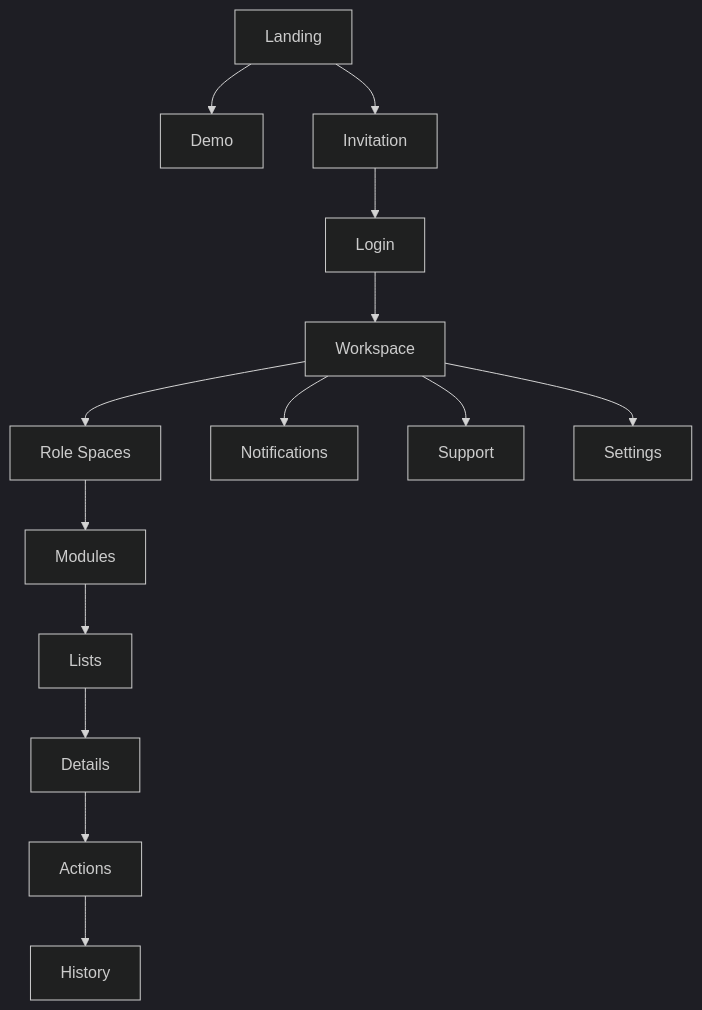
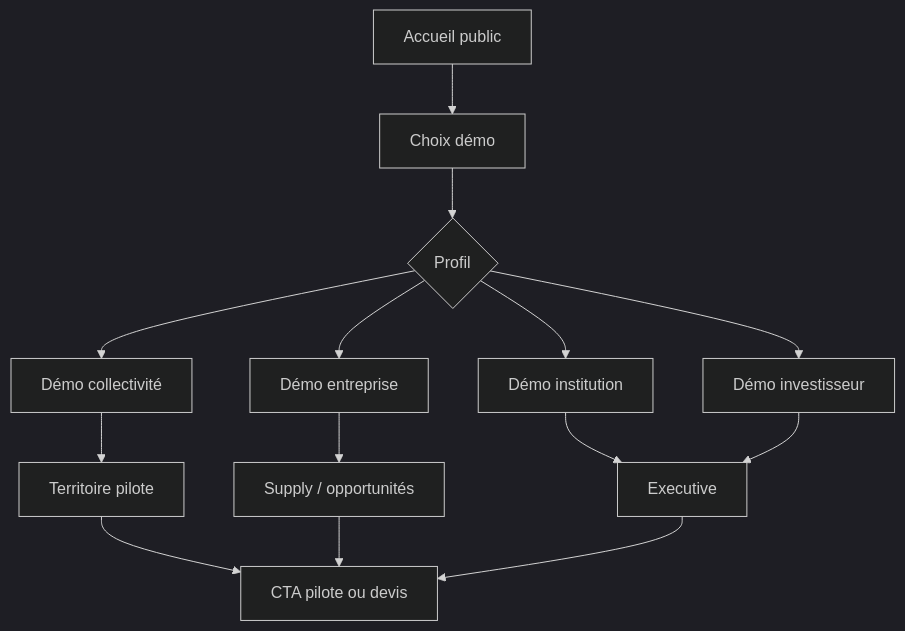
The second of 2 diagrams in docs/05_UX_INFORMATION_ARCHITECTURE.md (mrdiamalick-maker/mbambulaan-mvp), drawn with Mermaid (dark theme) before and after one commit. The commit also changed other lines of this file, not shown here.

````diff
--- a/docs/05_UX_INFORMATION_ARCHITECTURE.md
+++ b/docs/05_UX_INFORMATION_ARCHITECTURE.md
@@ -229,16 +252,16 @@
 ```mermaid
-flowchart TB
-  A["Landing"] --> B["Demo"]
-  A --> C["Invitation"]
-  C --> D["Login"]
-  D --> E["Workspace"]
-  E --> F["Role Spaces"]
-  F --> G["Modules"]
-  G --> H["Lists"]
-  H --> I["Details"]
-  I --> J["Actions"]
-  J --> K["History"]
-  E --> L["Notifications"]
-  E --> M["Support"]
-  E --> N["Settings"]
+flowchart TD
+  A["Accueil public"] --> B["Choix démo"]
+  B --> C{Profil}
+  C --> D["Démo collectivité"]
+  C --> E["Démo entreprise"]
+  C --> F["Démo institution"]
+  C --> G["Démo investisseur"]
+  D --> H["Territoire pilote"]
+  E --> I["Supply / opportunités"]
+  F --> J["Executive"]
+  G --> J
+  H --> K["CTA pilote ou devis"]
+  I --> K
+  J --> K
 ```
````
